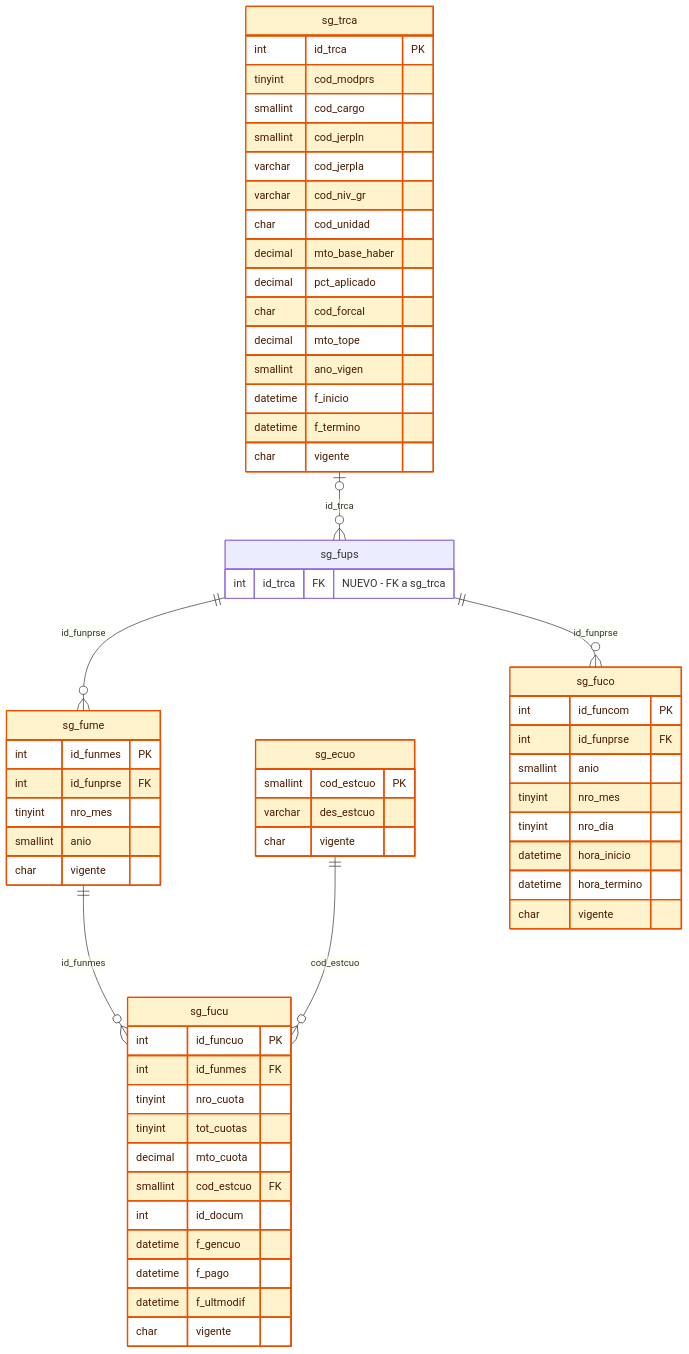
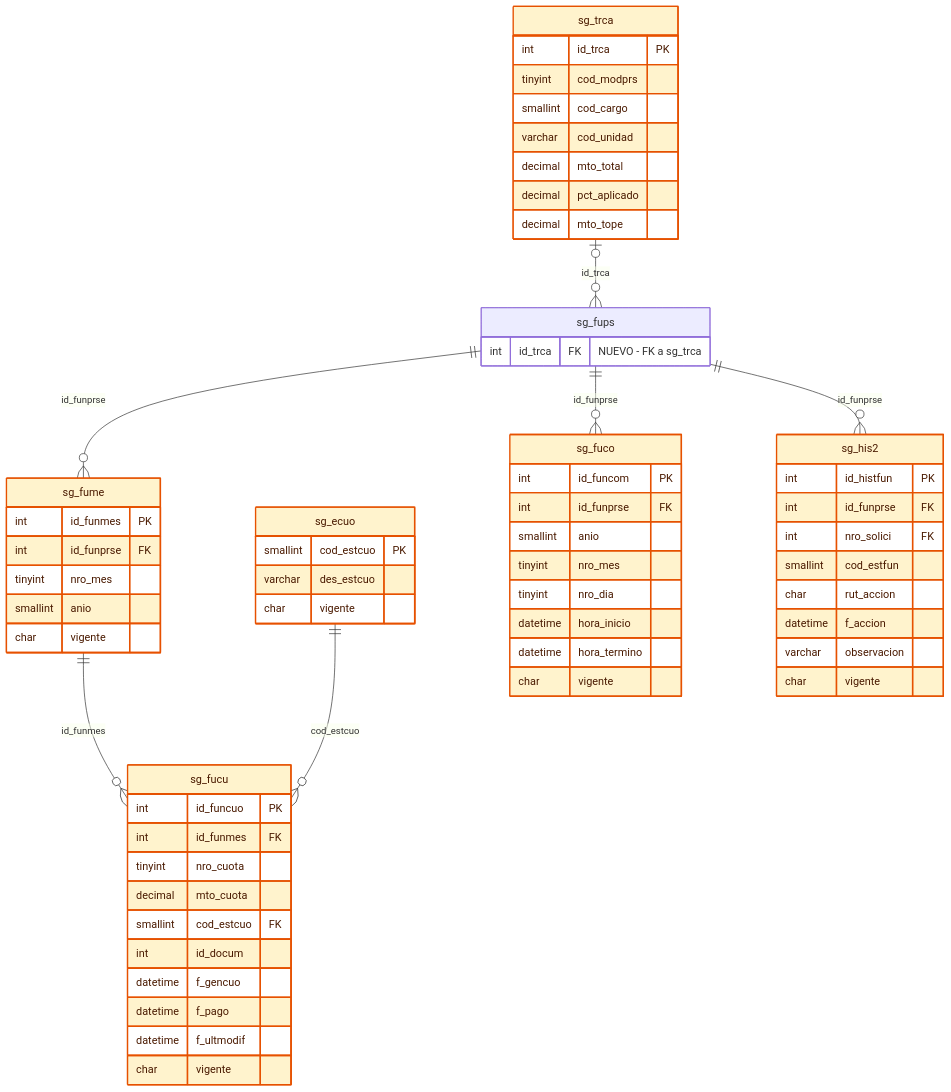
The diagram in cambios_pa_solicitud_wf/maestros/solicitud_cambios_bdd_pds_pendientes.md (estebanlizama/template-du09), drawn with Mermaid before and after one commit. The commit also changed other lines of this file and 14 other files, not shown here.

Commit message:
feat: add database schema definitions and SQL scripts for new PDS workflow requirements

````diff
--- a/cambios_pa_solicitud_wf/maestros/solicitud_cambios_bdd_pds_pendientes.md
+++ b/cambios_pa_solicitud_wf/maestros/solicitud_cambios_bdd_pds_pendientes.md
@@ -7,75 +7,78 @@
 ```mermaid
 erDiagram
     %% sg_fups: tabla existente modificada - solo muestra el campo nuevo
     sg_fups {
         int id_trca FK "NUEVO - FK a sg_trca"
     }
 
     %% Tablas nuevas a crear (resaltadas en amarillo)
     sg_fume {
         int id_funmes PK
         int id_funprse FK
         tinyint nro_mes
         smallint anio
         char vigente
     }
 
     sg_fucu {
         int id_funcuo PK
         int id_funmes FK
         tinyint nro_cuota
-        tinyint tot_cuotas
         decimal mto_cuota
         smallint cod_estcuo FK
         int id_docum
         datetime f_gencuo
         datetime f_pago
         datetime f_ultmodif
         char vigente
     }
 
     sg_ecuo {
         smallint cod_estcuo PK
         varchar des_estcuo
         char vigente
     }
 
     sg_fuco {
         int id_funcom PK
         int id_funprse FK
         smallint anio
         tinyint nro_mes
         tinyint nro_dia
         datetime hora_inicio
         datetime hora_termino
         char vigente
     }
 
+    sg_his2 {
+        int id_histfun PK
+        int id_funprse FK
+        int nro_solici FK
+        smallint cod_estfun
+        char rut_accion
+        datetime f_accion
+        varchar observacion
+        char vigente
+    }
+
     sg_trca {
         int id_trca PK
         tinyint cod_modprs
         smallint cod_cargo
-        smallint cod_jerpln
-        varchar cod_jerpla
-        varchar cod_niv_gr
-        char cod_unidad
-        decimal mto_base_haber
+        varchar cod_unidad
+        decimal mto_total
         decimal pct_aplicado
-        char cod_forcal
         decimal mto_tope
-        smallint ano_vigen
-        datetime f_inicio
-        datetime f_termino
-        char vigente
     }
 
     sg_trca |o--o{ sg_fups : "id_trca"
     sg_fups ||--o{ sg_fume : "id_funprse"
     sg_fups ||--o{ sg_fuco : "id_funprse"
+    sg_fups ||--o{ sg_his2 : "id_funprse"
     sg_fume ||--o{ sg_fucu : "id_funmes"
     sg_ecuo ||--o{ sg_fucu : "cod_estcuo"
 
     classDef newTable fill:#fff3cd,stroke:#e65100,stroke-width:2px,color:#4a1a00
 
-    class sg_fume,sg_fucu,sg_ecuo,sg_fuco,sg_trca newTable
+    class sg_fume,sg_fucu,sg_ecuo,sg_fuco,sg_his2,sg_trca newTable
 ```
````
